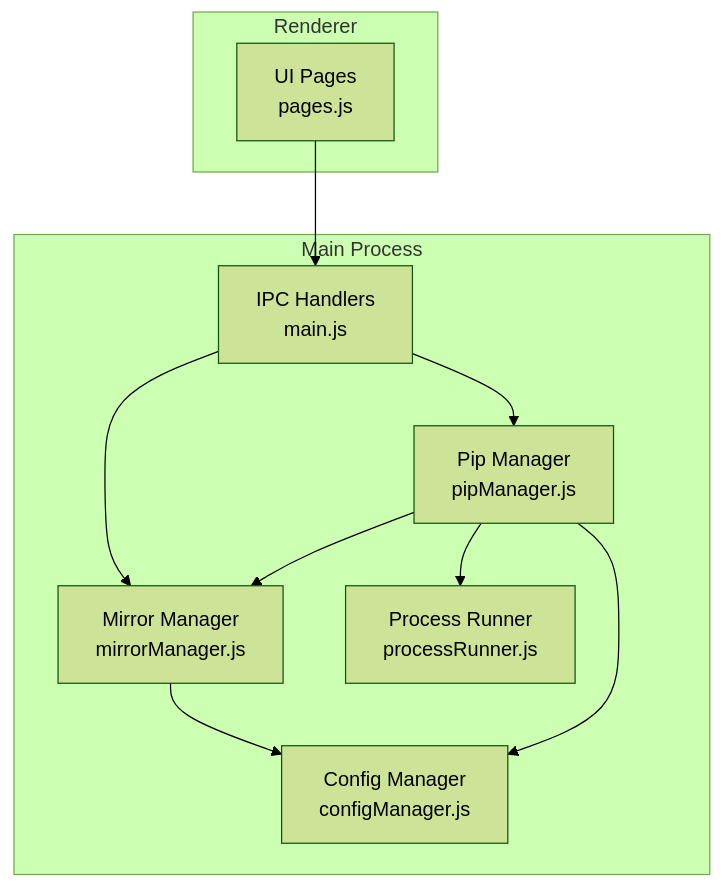
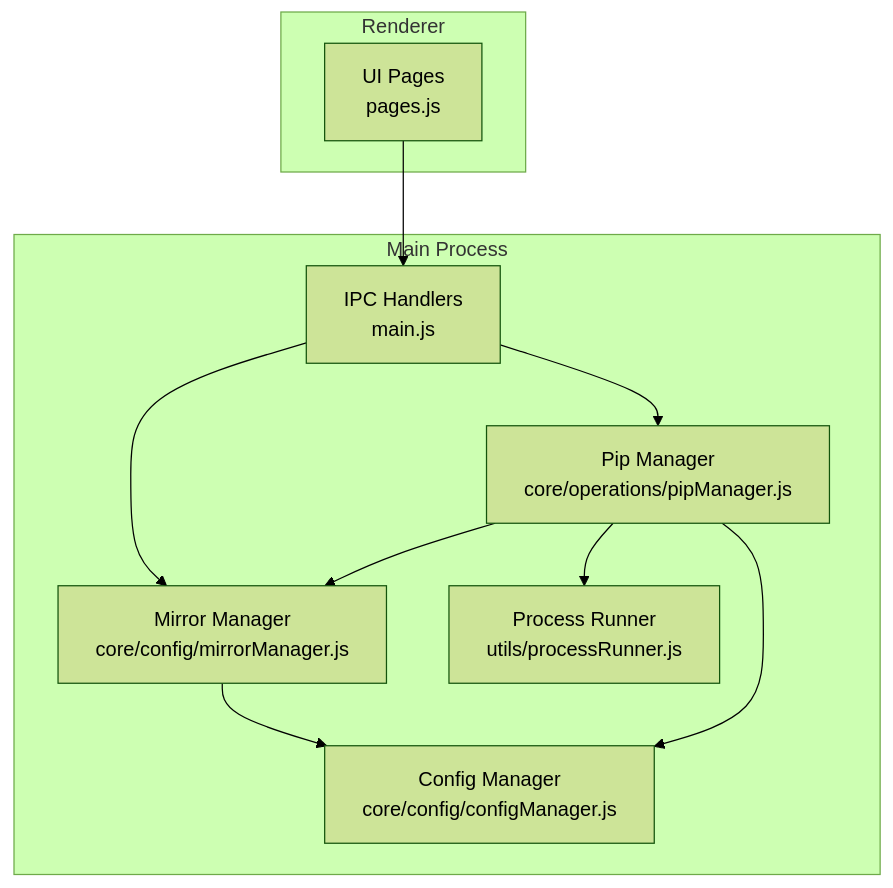
Before and after one commit to SoftheartedYYC/PyLibMaster: the first of 5 diagrams in docs/en/content/Advanced Features/Mirror Source Management.md, drawn with Mermaid (forest theme). The commit also changed other lines of this file and 72 other files, not shown here.

````diff
--- a/docs/en/content/Advanced Features/Mirror Source Management.md
+++ b/docs/en/content/Advanced Features/Mirror Source Management.md
@@ -36,20 +42,20 @@
 ```mermaid
 graph TB
 subgraph "Renderer"
 UI["UI Pages<br/>pages.js"]
 end
 subgraph "Main Process"
 IPC["IPC Handlers<br/>main.js"]
-MM["Mirror Manager<br/>mirrorManager.js"]
-CM["Config Manager<br/>configManager.js"]
-PM["Pip Manager<br/>pipManager.js"]
-PR["Process Runner<br/>processRunner.js"]
+MM["Mirror Manager<br/>core/config/mirrorManager.js"]
+CM["Config Manager<br/>core/config/configManager.js"]
+PM["Pip Manager<br/>core/operations/pipManager.js"]
+PR["Process Runner<br/>utils/processRunner.js"]
 end
 UI --> IPC
 IPC --> MM
 IPC --> PM
 PM --> MM
 PM --> PR
 MM --> CM
 PM --> CM
 ```
````
